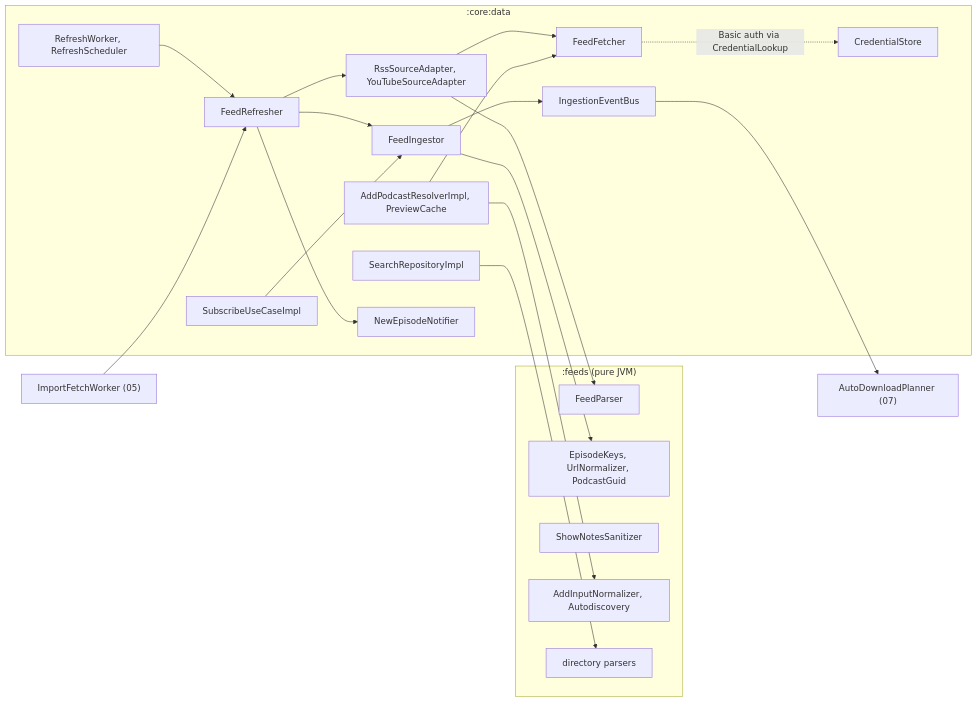
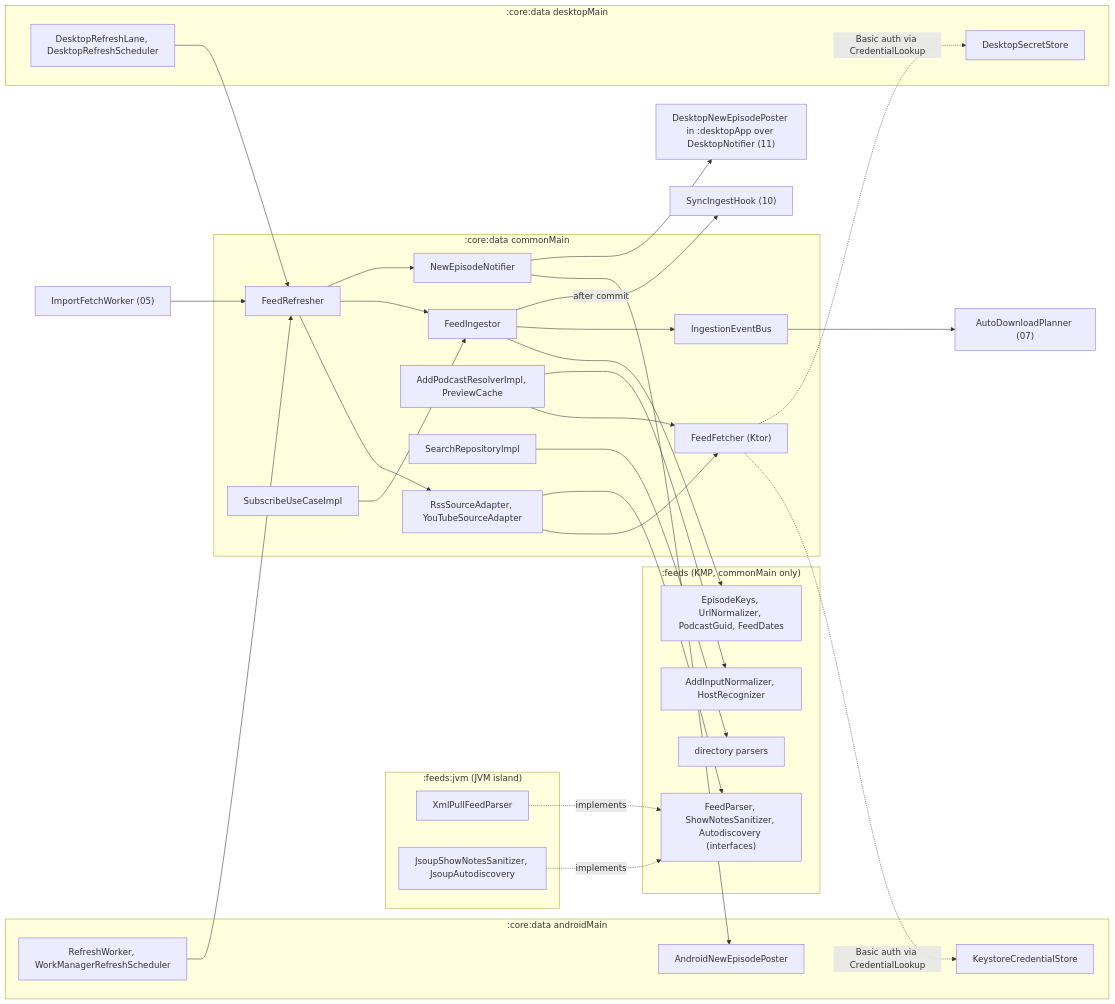
The first of 5 diagrams in docs/design/03-feeds-and-discovery.md (BigBoyDevBox/Neutrodyne), drawn with Mermaid before and after one commit. The commit also changed other lines of this file and 1 other file, not shown here.

First line of the commit message:
Replan checkpoint (automatic, work in progress)

````diff
--- a/docs/design/03-feeds-and-discovery.md
+++ b/docs/design/03-feeds-and-discovery.md
@@ -27,35 +27,52 @@
 ```mermaid
 flowchart LR
-  subgraph FEEDS[":feeds (pure JVM)"]
-    FP["FeedParser"]
-    KEYS["EpisodeKeys, UrlNormalizer, PodcastGuid"]
-    SNS["ShowNotesSanitizer"]
-    DISC["AddInputNormalizer, Autodiscovery"]
+  subgraph FEEDS[":feeds (KMP, commonMain only)"]
+    FPI["FeedParser, ShowNotesSanitizer, Autodiscovery (interfaces)"]
+    KEYS["EpisodeKeys, UrlNormalizer, PodcastGuid, FeedDates"]
+    DISC["AddInputNormalizer, HostRecognizer"]
     DIRP["directory parsers"]
   end
-  subgraph DATA[":core:data"]
-    RW["RefreshWorker, RefreshScheduler"]
+  subgraph ISL[":feeds:jvm (JVM island)"]
+    XP["XmlPullFeedParser"]
+    JS["JsoupShowNotesSanitizer, JsoupAutodiscovery"]
+  end
+  subgraph DATA[":core:data commonMain"]
     FR["FeedRefresher"]
     SA["RssSourceAdapter, YouTubeSourceAdapter"]
-    FF["FeedFetcher"]
+    FF["FeedFetcher (Ktor)"]
     FI["FeedIngestor"]
-    CS["CredentialStore"]
     APR["AddPodcastResolverImpl, PreviewCache"]
     SUB["SubscribeUseCaseImpl"]
     SR["SearchRepositoryImpl"]
     NN["NewEpisodeNotifier"]
     BUS["IngestionEventBus"]
   end
-  RW --> FR --> SA --> FF
-  SA --> FP
+  subgraph AND[":core:data androidMain"]
+    RW["RefreshWorker, WorkManagerRefreshScheduler"]
+    KCS["KeystoreCredentialStore"]
+    ANP["AndroidNewEpisodePoster"]
+  end
+  subgraph DESK[":core:data desktopMain"]
+    DRL["DesktopRefreshLane, DesktopRefreshScheduler"]
+    DSS["DesktopSecretStore"]
+  end
+  RW --> FR
+  DRL --> FR
+  FR --> SA --> FF
+  SA --> FPI
+  XP -.->|implements| FPI
+  JS -.->|implements| FPI
   FR --> FI --> KEYS
   FI --> BUS
-  FR --> NN
+  FI -->|"after commit"| HOOK["SyncIngestHook (10)"]
+  FR --> NN --> ANP
+  NN --> DNP["DesktopNewEpisodePoster in :desktopApp over DesktopNotifier (11)"]
   APR --> FF
   APR --> DISC
   SUB --> FI
   SR --> DIRP
-  FF -.->|"Basic auth via CredentialLookup"| CS
+  FF -.->|"Basic auth via CredentialLookup"| KCS
+  FF -.->|"Basic auth via CredentialLookup"| DSS
   BUS --> AD["AutoDownloadPlanner (07)"]
   IMP["ImportFetchWorker (05)"] --> FR
 ```
````
